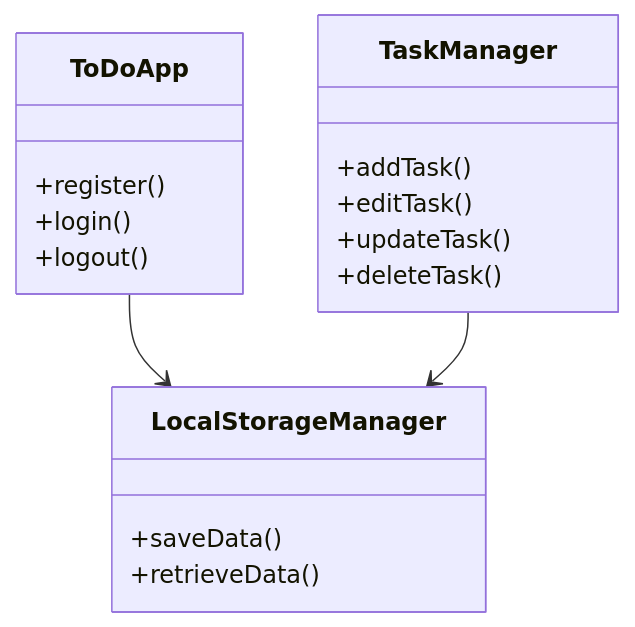
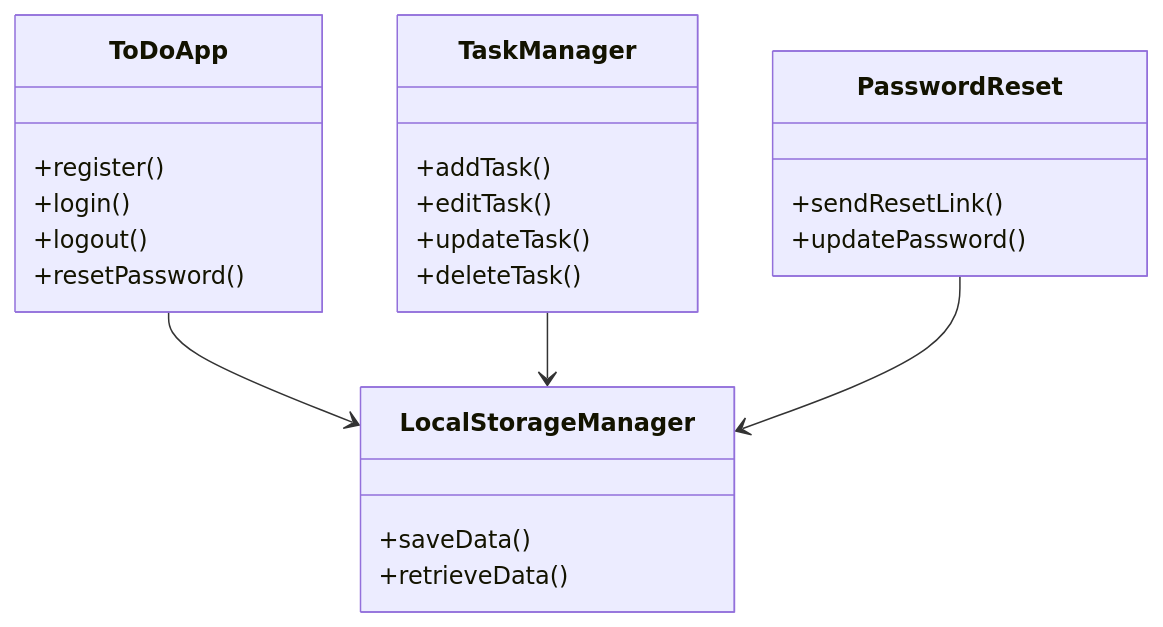
The fourth of 4 diagrams in ARCHITECTURE.md (Gogi2016/ToDoApp), drawn with Mermaid before and after one commit. The commit also changed other lines of this file, not shown here.

````diff
--- a/ARCHITECTURE.md
+++ b/ARCHITECTURE.md
@@ -92,20 +88,26 @@
-```mermaid
+``` mermaid
 classDiagram
   class ToDoApp {
     +register()
     +login()
     +logout()
+    +resetPassword()
   }
   class TaskManager {
     +addTask()
     +editTask()
     +updateTask()
     +deleteTask()
   }
+  class PasswordReset {
+    +sendResetLink()
+    +updatePassword()
+  }
   class LocalStorageManager {
     +saveData()
     +retrieveData()
   }
   ToDoApp --> LocalStorageManager
   TaskManager --> LocalStorageManager
-```
+  PasswordReset --> LocalStorageManager
+  ```
````
